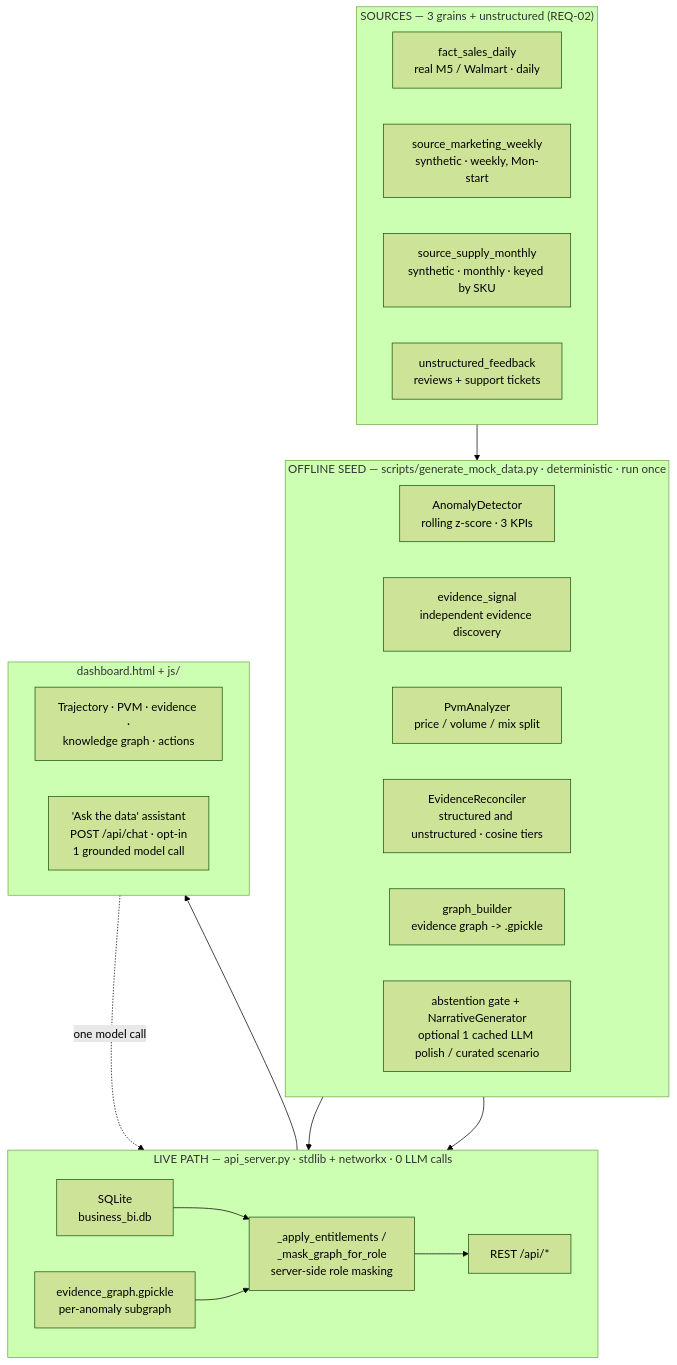
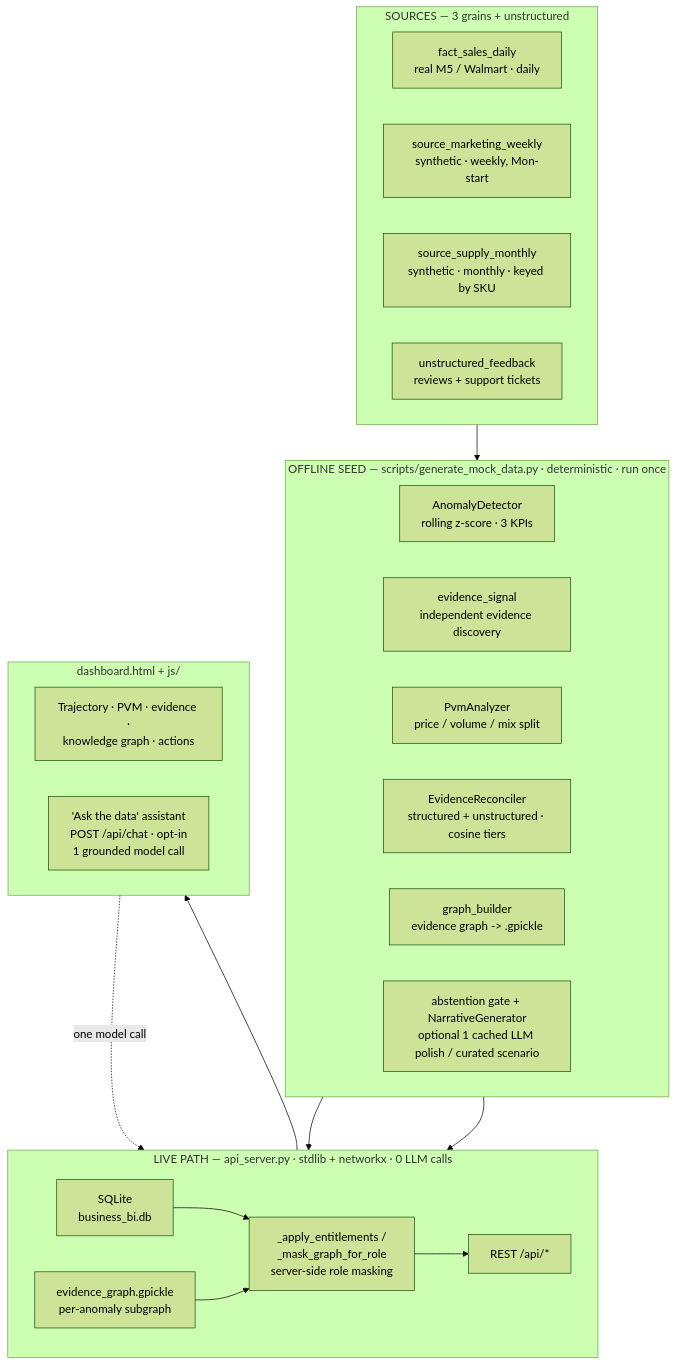
One commit to kailash-git/Accenture_AI_Hackathon changed the second of 4 diagrams in README.md. Above: the diagram before and after it, drawn with Mermaid (forest theme). The commit also changed other lines of this file, not shown here.

````diff
--- a/README.md
+++ b/README.md
@@ -73,40 +206,40 @@
 ```mermaid
 flowchart TB
-    subgraph S["SOURCES — 3 grains + unstructured (REQ-02)"]
+    subgraph S["SOURCES — 3 grains + unstructured"]
       direction LR
       A1["fact_sales_daily<br/>real M5 / Walmart · daily"]
       A2["source_marketing_weekly<br/>synthetic · weekly, Mon-start"]
       A3["source_supply_monthly<br/>synthetic · monthly · keyed by SKU"]
       A4["unstructured_feedback<br/>reviews + support tickets"]
     end
 
     subgraph SEED["OFFLINE SEED — scripts/generate_mock_data.py · deterministic · run once"]
       direction LR
       B1["AnomalyDetector<br/>rolling z-score · 3 KPIs"]
       B2["evidence_signal<br/>independent evidence discovery"]
       B3["PvmAnalyzer<br/>price / volume / mix split"]
-      B4["EvidenceReconciler<br/>structured and unstructured · cosine tiers"]
+      B4["EvidenceReconciler<br/>structured + unstructured · cosine tiers"]
       B5["graph_builder<br/>evidence graph -> .gpickle"]
       B6["abstention gate + NarrativeGenerator<br/>optional 1 cached LLM polish / curated scenario"]
     end
 
     subgraph SERVE["LIVE PATH — api_server.py · stdlib + networkx · 0 LLM calls"]
       direction LR
       C1["SQLite<br/>business_bi.db"]
       C2["_apply_entitlements /<br/>_mask_graph_for_role<br/>server-side role masking"]
       C3["REST /api/*"]
       C4["evidence_graph.gpickle<br/>per-anomaly subgraph"]
     end
 
     subgraph UI["dashboard.html + js/"]
       direction LR
       D1["Trajectory · PVM · evidence ·<br/>knowledge graph · actions"]
       D2["'Ask the data' assistant<br/>POST /api/chat · opt-in<br/>1 grounded model call"]
     end
 
     S --> SEED --> C1
     B5 --> C4
     C1 --> C2 --> C3 --> UI
     C4 --> C2
     D2 -. one model call .-> C3
 ```
````
